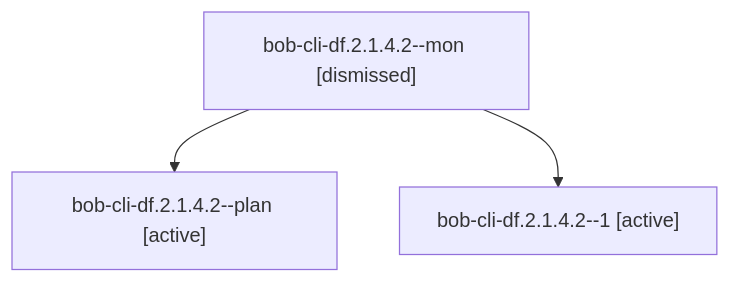
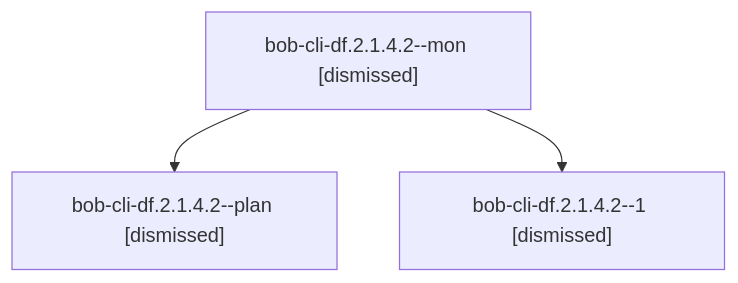
Before and after one commit to bobs-org/bob-cli--agents: the diagram in sessions/bbugyi200.athena.bob-cli-df.2.1.4.2.md, drawn with Mermaid. The commit also changed other lines of this file and 155 other files, not shown here.

````diff
--- a/sessions/bbugyi200.athena.bob-cli-df.2.1.4.2.md
+++ b/sessions/bbugyi200.athena.bob-cli-df.2.1.4.2.md
@@ -9,8 +9,8 @@
 ```mermaid
 flowchart TD
   n0["bob-cli-df.2.1.4.2--mon [dismissed]"]
-  n1["bob-cli-df.2.1.4.2--plan [active]"]
+  n1["bob-cli-df.2.1.4.2--plan [dismissed]"]
   n0 --> n1
-  n2["bob-cli-df.2.1.4.2--1 [active]"]
+  n2["bob-cli-df.2.1.4.2--1 [dismissed]"]
   n0 --> n2
 ```
````
